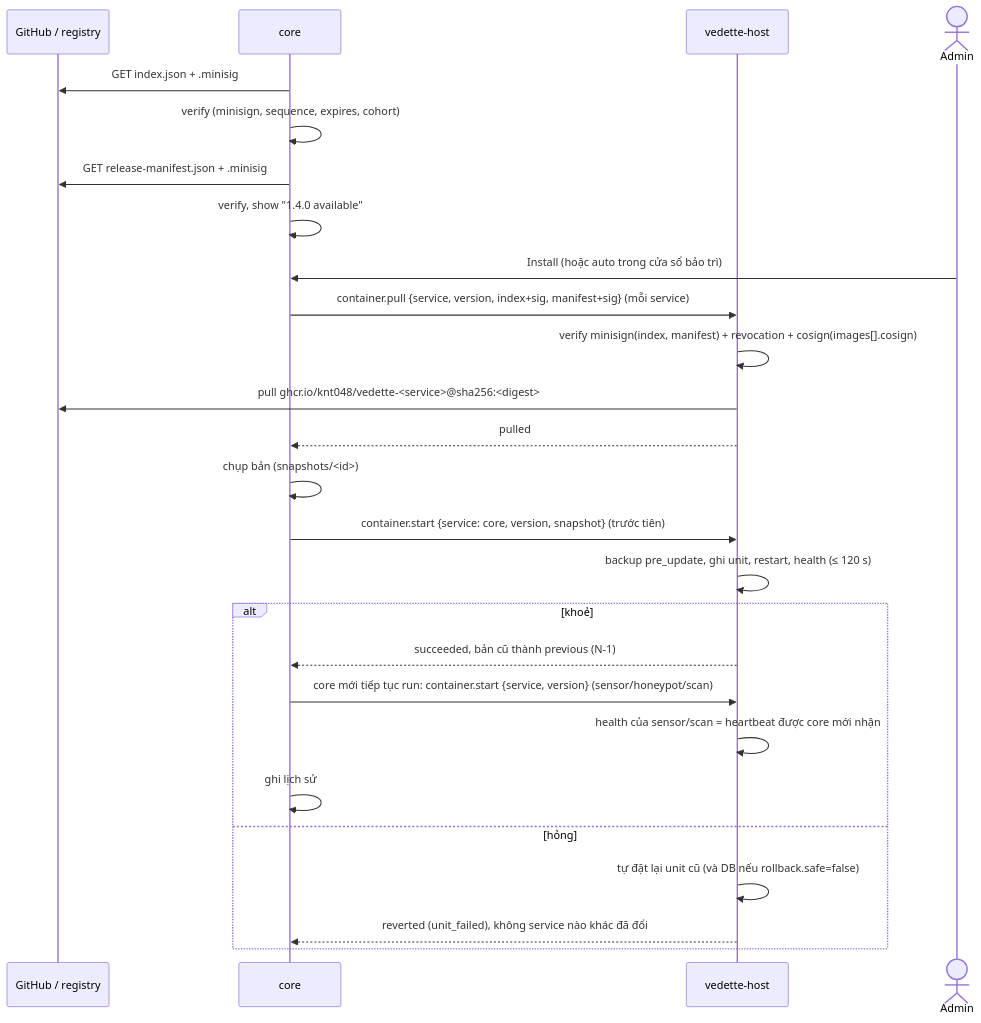
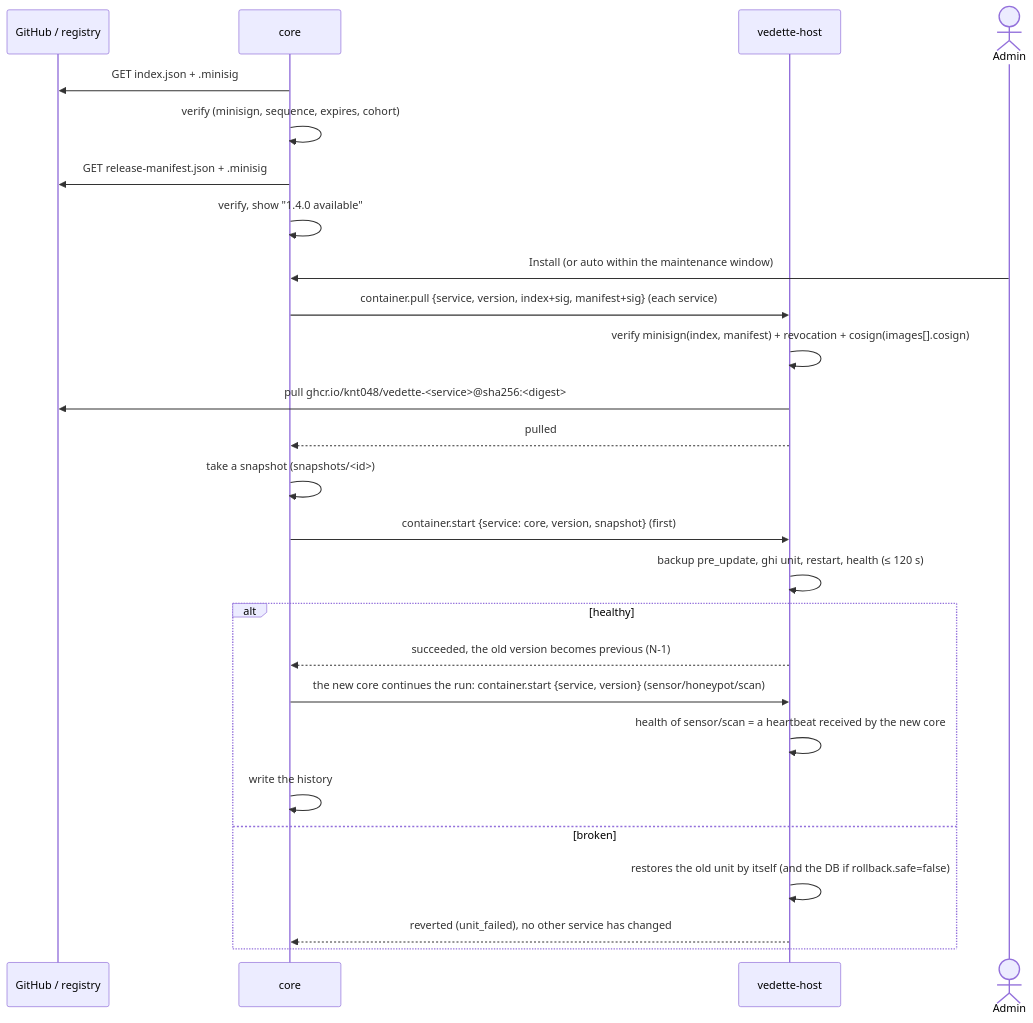
One commit to KNT048/vedette changed the diagram in docs/specs/update-manifest.md. Above: the diagram before and after it, drawn with Mermaid. The commit also changed other lines of this file and 3 other files, not shown here.

````diff
--- a/docs/specs/update-manifest.md
+++ b/docs/specs/update-manifest.md
@@ -142,28 +142,28 @@
 ```mermaid
 sequenceDiagram
     participant G as GitHub / registry
     participant C as core
     participant H as vedette-host
     actor A as Admin
     C->>G: GET index.json + .minisig
     C->>C: verify (minisign, sequence, expires, cohort)
     C->>G: GET release-manifest.json + .minisig
     C->>C: verify, show "1.4.0 available"
-    A->>C: Install (hoặc auto trong cửa sổ bảo trì)
-    C->>H: container.pull {service, version, index+sig, manifest+sig}  (mỗi service)
+    A->>C: Install (or auto within the maintenance window)
+    C->>H: container.pull {service, version, index+sig, manifest+sig}  (each service)
     H->>H: verify minisign(index, manifest) + revocation + cosign(images[].cosign)
     H->>G: pull ghcr.io/knt048/vedette-<service>@sha256:<digest>
     H-->>C: pulled
-    C->>C: chụp bản (snapshots/<id>)
-    C->>H: container.start {service: core, version, snapshot} (trước tiên)
+    C->>C: take a snapshot (snapshots/<id>)
+    C->>H: container.start {service: core, version, snapshot} (first)
     H->>H: backup pre_update, ghi unit, restart, health (≤ 120 s)
-    alt khoẻ
-        H-->>C: succeeded, bản cũ thành previous (N-1)
-        C->>H: core mới tiếp tục run: container.start {service, version} (sensor/honeypot/scan)
-        H->>H: health của sensor/scan = heartbeat được core mới nhận
-        C->>C: ghi lịch sử
-    else hỏng
-        H->>H: tự đặt lại unit cũ (và DB nếu rollback.safe=false)
-        H-->>C: reverted (unit_failed), không service nào khác đã đổi
+    alt healthy
+        H-->>C: succeeded, the old version becomes previous (N-1)
+        C->>H: the new core continues the run: container.start {service, version} (sensor/honeypot/scan)
+        H->>H: health of sensor/scan = a heartbeat received by the new core
+        C->>C: write the history
+    else broken
+        H->>H: restores the old unit by itself (and the DB if rollback.safe=false)
+        H-->>C: reverted (unit_failed), no other service has changed
     end
 ```
````
